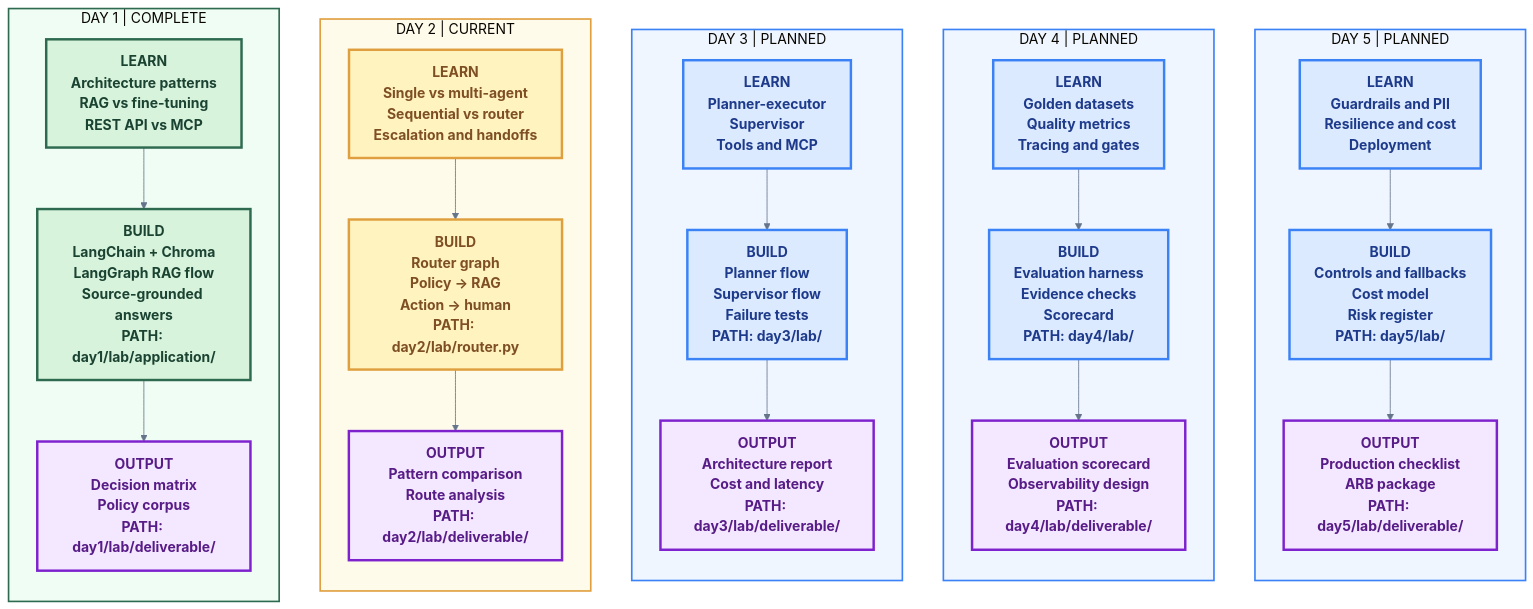
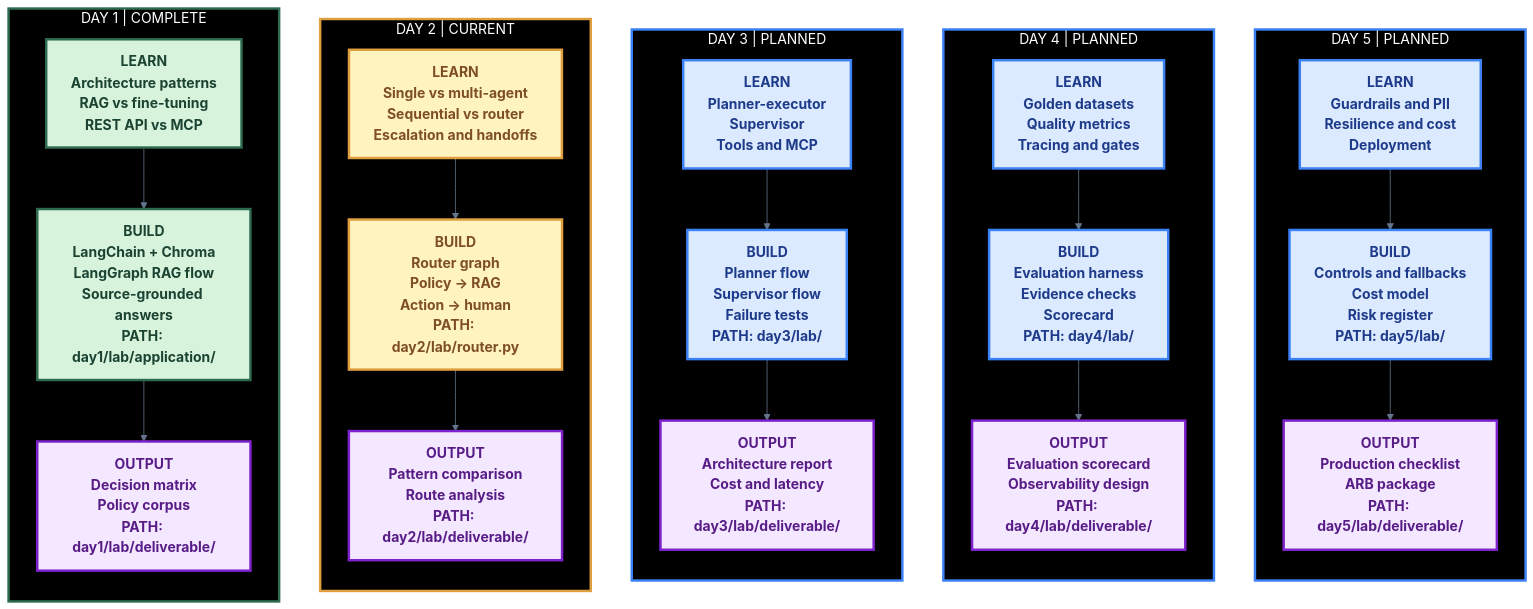
Before and after one commit to rakeshmatha/advanced-agentic-ai: the diagram in README.md, drawn with Mermaid.

Commit message:
Use black day box backgrounds

````diff
--- a/README.md
+++ b/README.md
@@ -39,40 +39,40 @@
 ```mermaid
 %%{init: {"theme": "base", "themeVariables": {"fontFamily": "Segoe UI, sans-serif", "fontSize": "17px", "primaryTextColor": "#111827", "lineColor": "#64748b", "clusterBkg": "#ffffff", "clusterBorder": "#94a3b8"}}}%%
 flowchart LR
     subgraph DAY1["DAY 1 | COMPLETE"]
         direction TB
         D1T["LEARN\nArchitecture patterns\nRAG vs fine-tuning\nREST API vs MCP"] --> D1B["BUILD\nLangChain + Chroma\nLangGraph RAG flow\nSource-grounded answers\nPATH: day1/lab/application/"] --> D1O["OUTPUT\nDecision matrix\nPolicy corpus\nPATH: day1/lab/deliverable/"]
     end
     subgraph DAY2["DAY 2 | CURRENT"]
         direction TB
         D2T["LEARN\nSingle vs multi-agent\nSequential vs router\nEscalation and handoffs"] --> D2B["BUILD\nRouter graph\nPolicy -> RAG\nAction -> human\nPATH: day2/lab/router.py"] --> D2O["OUTPUT\nPattern comparison\nRoute analysis\nPATH: day2/lab/deliverable/"]
     end
     subgraph DAY3["DAY 3 | PLANNED"]
         direction TB
         D3T["LEARN\nPlanner-executor\nSupervisor\nTools and MCP"] --> D3B["BUILD\nPlanner flow\nSupervisor flow\nFailure tests\nPATH: day3/lab/"] --> D3O["OUTPUT\nArchitecture report\nCost and latency\nPATH: day3/lab/deliverable/"]
     end
     subgraph DAY4["DAY 4 | PLANNED"]
         direction TB
         D4T["LEARN\nGolden datasets\nQuality metrics\nTracing and gates"] --> D4B["BUILD\nEvaluation harness\nEvidence checks\nScorecard\nPATH: day4/lab/"] --> D4O["OUTPUT\nEvaluation scorecard\nObservability design\nPATH: day4/lab/deliverable/"]
     end
     subgraph DAY5["DAY 5 | PLANNED"]
         direction TB
         D5T["LEARN\nGuardrails and PII\nResilience and cost\nDeployment"] --> D5B["BUILD\nControls and fallbacks\nCost model\nRisk register\nPATH: day5/lab/"] --> D5O["OUTPUT\nProduction checklist\nARB package\nPATH: day5/lab/deliverable/"]
     end
 
     DAY1 ~~~ DAY2 ~~~ DAY3 ~~~ DAY4 ~~~ DAY5
 
     classDef complete fill:#d8f3dc,stroke:#2d6a4f,color:#1b4332,stroke-width:3px,font-size:17px,font-weight:bold
     classDef current fill:#fff3bf,stroke:#e09f3e,color:#7f4f24,stroke-width:3px,font-size:17px,font-weight:bold
     classDef planned fill:#dbeafe,stroke:#3b82f6,color:#1e3a8a,stroke-width:3px,font-size:17px,font-weight:bold
     classDef deliverable fill:#f3e8ff,stroke:#7e22ce,color:#581c87,stroke-width:3px,font-size:17px,font-weight:bold
     class D1T,D1B complete
     class D1O,D2O,D3O,D4O,D5O deliverable
     class D2T,D2B current
     class D3T,D3B,D4T,D4B,D5T,D5B planned
-    style DAY1 fill:#f0fdf4,stroke:#2d6a4f,stroke-width:2px
-    style DAY2 fill:#fffbeb,stroke:#e09f3e,stroke-width:2px
-    style DAY3 fill:#eff6ff,stroke:#3b82f6,stroke-width:2px
-    style DAY4 fill:#eff6ff,stroke:#3b82f6,stroke-width:2px
-    style DAY5 fill:#eff6ff,stroke:#3b82f6,stroke-width:2px
+    style DAY1 fill:#000000,stroke:#2d6a4f,stroke-width:3px,color:#ffffff
+    style DAY2 fill:#000000,stroke:#e09f3e,stroke-width:3px,color:#ffffff
+    style DAY3 fill:#000000,stroke:#3b82f6,stroke-width:3px,color:#ffffff
+    style DAY4 fill:#000000,stroke:#3b82f6,stroke-width:3px,color:#ffffff
+    style DAY5 fill:#000000,stroke:#3b82f6,stroke-width:3px,color:#ffffff
 ```
````
